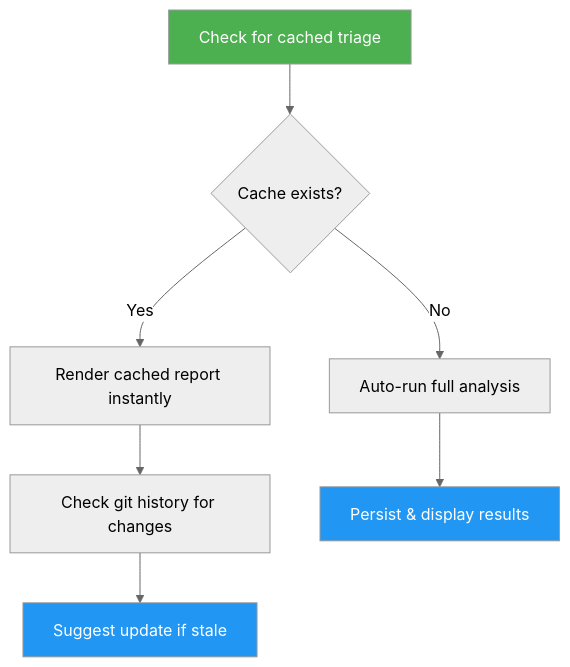
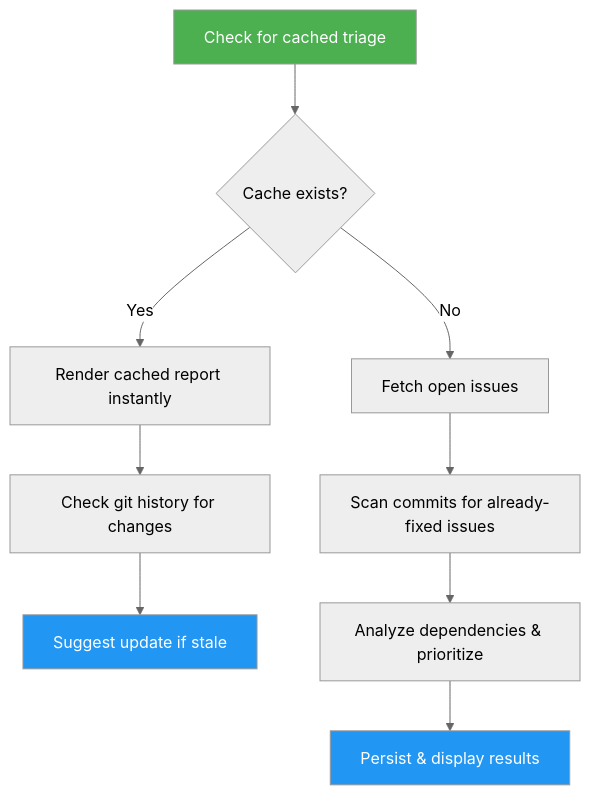
One commit to luongnv89/idd changed the diagram in skills/issue-triage/README.md. Above: the diagram before and after it, drawn with Mermaid (neutral theme). The commit also changed other lines of this file and 2 other files, not shown here.

First line of the commit message:
feat(issue-triage): detect issues already fixed by other PRs during update

````diff
--- a/skills/issue-triage/README.md
+++ b/skills/issue-triage/README.md
@@ -27,12 +29,14 @@
 ```mermaid
 graph TD
     A["Check for cached triage"] --> B{"Cache exists?"}
     B -- Yes --> C["Render cached report instantly"]
-    B -- No --> D["Auto-run full analysis"]
+    B -- No --> D["Fetch open issues"]
     C --> E["Check git history for changes"]
     E --> F["Suggest update if stale"]
-    D --> G["Persist & display results"]
+    D --> D2["Scan commits for already-fixed issues"]
+    D2 --> D3["Analyze dependencies & prioritize"]
+    D3 --> G["Persist & display results"]
     style A fill:#4CAF50,color:#fff
     style F fill:#2196F3,color:#fff
     style G fill:#2196F3,color:#fff
 ```
````
